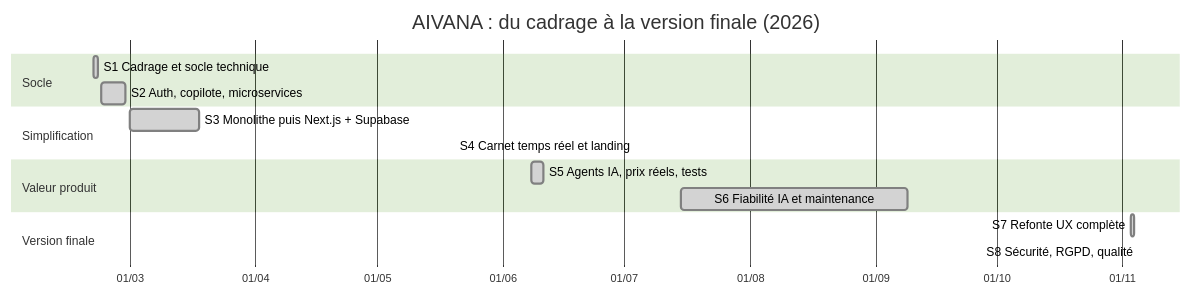
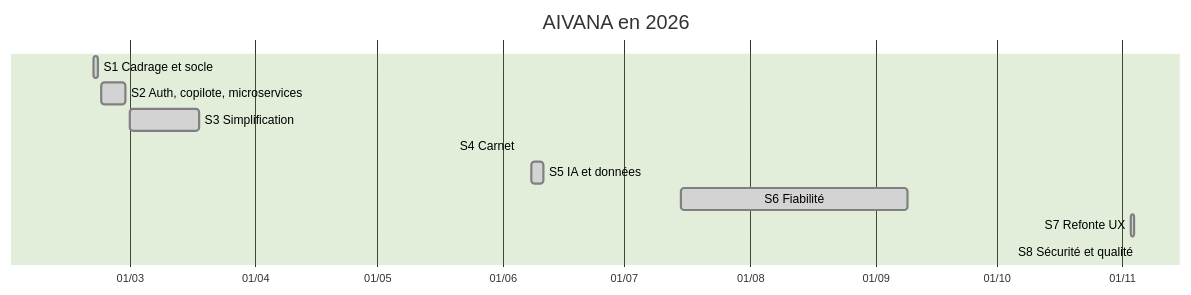
The diagram in docs/PILOTAGE.md (Othmanebke/O-Flyes), drawn with Mermaid (forest theme) before and after one commit. The commit also changed other lines of this file and 3 other files, not shown here.

````diff
--- a/docs/PILOTAGE.md
+++ b/docs/PILOTAGE.md
@@ -49,18 +35,14 @@
 ```mermaid
 gantt
-    title AIVANA : du cadrage à la version finale (2026)
+    title AIVANA en 2026
     dateFormat YYYY-MM-DD
     axisFormat %d/%m
-    section Socle
-    S1 Cadrage et socle technique            :done, s1, 2026-02-20, 2026-02-21
-    S2 Auth, copilote, microservices         :done, s2, 2026-02-22, 2026-02-28
-    section Simplification
-    S3 Monolithe puis Next.js + Supabase      :done, s3, 2026-03-01, 2026-03-18
-    S4 Carnet temps réel et landing           :done, s4, 2026-05-20, 2026-05-20
-    section Valeur produit
-    S5 Agents IA, prix réels, tests           :done, s5, 2026-06-08, 2026-06-11
-    S6 Fiabilité IA et maintenance            :done, s6, 2026-07-15, 2026-09-09
-    section Version finale
-    S7 Refonte UX complète                    :done, s7, 2026-11-03, 2026-11-04
-    S8 Sécurité, RGPD, qualité                :done, s8, 2026-11-05, 2026-11-05
+    S1 Cadrage et socle              :done, 2026-02-20, 2026-02-21
+    S2 Auth, copilote, microservices :done, 2026-02-22, 2026-02-28
+    S3 Simplification                :done, 2026-03-01, 2026-03-18
+    S4 Carnet                        :done, 2026-05-20, 2026-05-20
+    S5 IA et données                 :done, 2026-06-08, 2026-06-11
+    S6 Fiabilité                     :done, 2026-07-15, 2026-09-09
+    S7 Refonte UX                    :done, 2026-11-03, 2026-11-04
+    S8 Sécurité et qualité           :done, 2026-11-05, 2026-11-05
 ```
````
